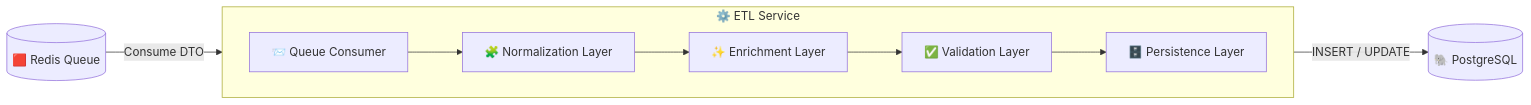
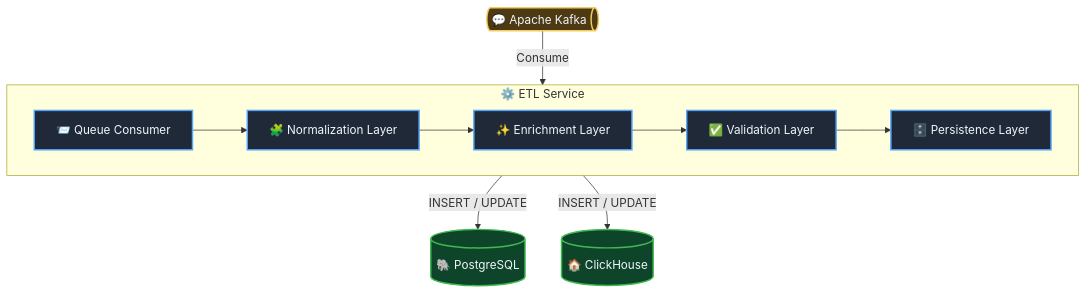
Before and after one commit to ma1sky/job_market_analyzer: the diagram in docs/diagrams/c3-etl.mmd, drawn with Mermaid. The commit also changed 9 other files, not shown here.

```diff
--- a/docs/diagrams/c3-etl.mmd
+++ b/docs/diagrams/c3-etl.mmd
@@ -1,39 +1,70 @@
-flowchart LR
+flowchart TD
 
-redis[("🟥 Redis Queue")]
-
+kafka@{ shape: das, label: "💬 Apache Kafka" }
 postgres[("🐘 PostgreSQL")]
+clickhouse[("🏠 ClickHouse")]
 
 subgraph etl["⚙️ ETL Service"]
 
     direction LR
 
     consumer["📨 Queue Consumer"]
 
     normalize["🧩 Normalization Layer"]
 
     enrich["✨ Enrichment Layer"]
 
     validate["✅ Validation Layer"]
 
     persistence["🗄️ Persistence Layer"]
 
 end
 
-redis -->|"Consume DTO"| consumer
+kafka -->|"Consume"| consumer
 
 consumer --> normalize
 
 normalize --> enrich
 
 enrich --> validate
 
 validate --> persistence
 
 persistence -->|"INSERT / UPDATE"| postgres
+persistence -->|"INSERT / UPDATE"| clickhouse
+
+%% ============================================================
+%%                        STYLES (classDef)
+%% ============================================================
+
+classDef actor fill:#21262D,stroke:#8B949E,stroke-width:2px,color:#F0F6FC;
+
+classDef service fill:#1F2937,stroke:#58A6FF,stroke-width:2px,color:#F0F6FC;
+
+classDef database fill:#0E4429,stroke:#3FB950,stroke-width:2px,color:#F0F6FC;
+
+classDef cache fill:#4D3A12,stroke:#F2CC60,stroke-width:2px,color:#F0F6FC;
+
+classDef queue fill:#4D3A12,stroke:#F2CC60,stroke-width:2px,color:#F0F6FC;
+
+classDef dashboard fill:#35264C,stroke:#BC8CFF,stroke-width:2px,color:#F0F6FC;
+
+classDef external fill:#2D1B16,stroke:#FF7B72,stroke-width:2px,color:#F0F6FC;
+
+classDef storage fill:#0E4429,stroke:#2EA043,stroke-width:2px,color:#F0F6FC;
+
+classDef scheduler fill:#3A2F00,stroke:#D29922,stroke-width:2px,color:#F0F6FC;
+
+classDef message fill:#2D333B,stroke:#768390,stroke-width:1px,color:#F0F6FC;
+
+classDef brokerFill fill:#4D3A12,stroke:#F2CC60,stroke-width:2px,color:#F0F6FC;
+
+%% ============================================================
+%%                 APPLYING STYLES (class)
+%% ===========================================================
 
 class consumer,normalize,enrich,validate,persistence service
 
-class postgres database
+class postgres,clickhouse database
 
-class redis cache
+class kafka brokerFill
```
